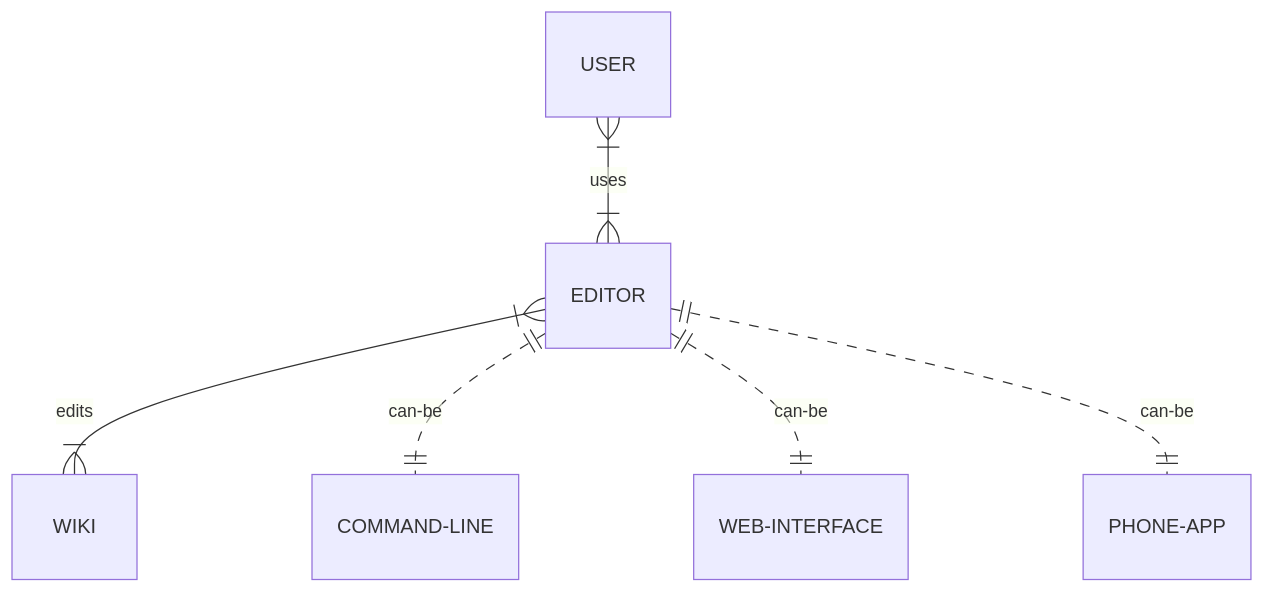
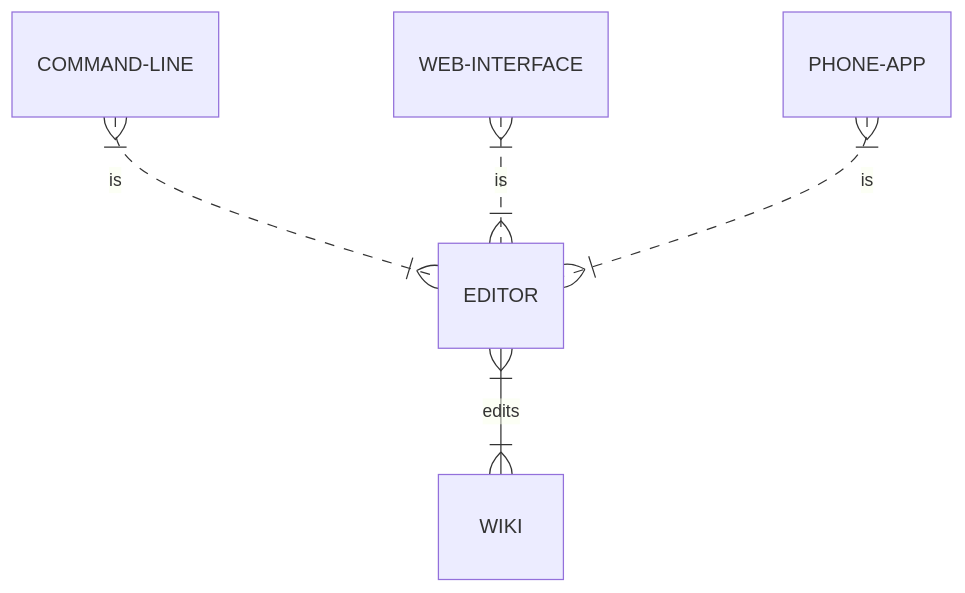
One commit to roughdrafts-xyz/Linki changed the first of 6 diagrams in README.md. Above: the diagram before and after it, drawn with Mermaid. The commit also changed other lines of this file, not shown here.

````diff
--- a/README.md
+++ b/README.md
@@ -11,8 +11,7 @@
 ```mermaid
 erDiagram
-    USER}|--|{EDITOR: uses
-    EDITOR}|--|{WIKI: edits
-    EDITOR||..||COMMAND-LINE: can-be
-    EDITOR||..||WEB-INTERFACE:can-be
-    EDITOR||..||PHONE-APP: can-be
+EDITOR}|--|{WIKI: edits
+COMMAND-LINE}|..|{EDITOR: is
+WEB-INTERFACE}|..|{EDITOR: is
+PHONE-APP}|..|{EDITOR: is
 ```
````
